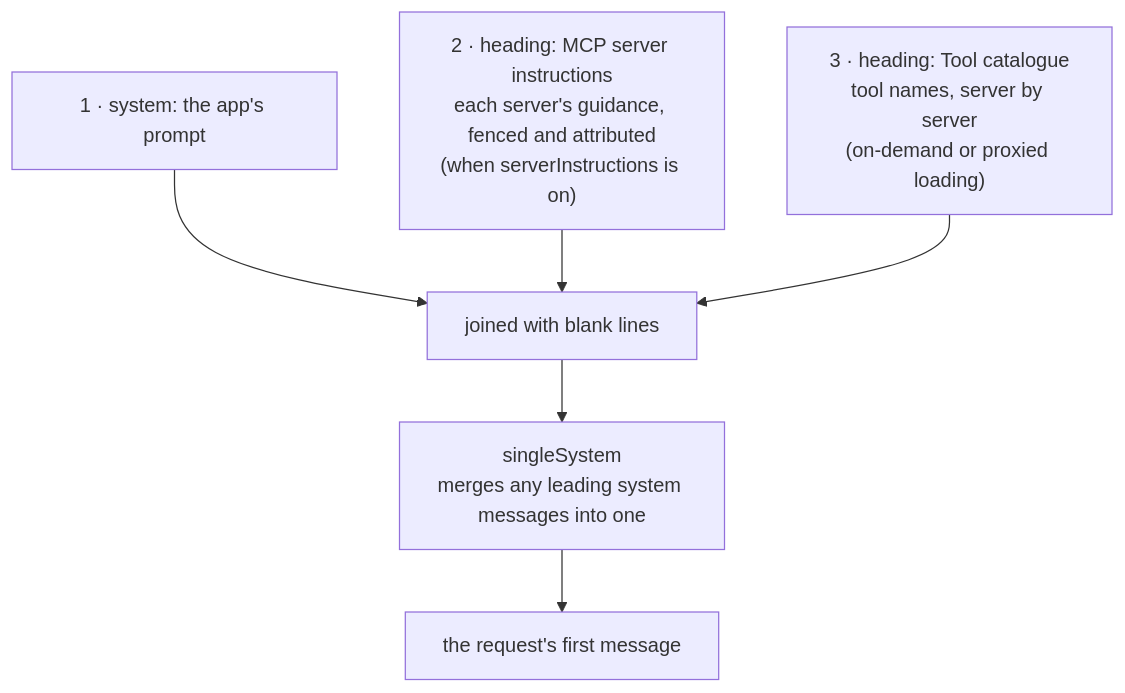
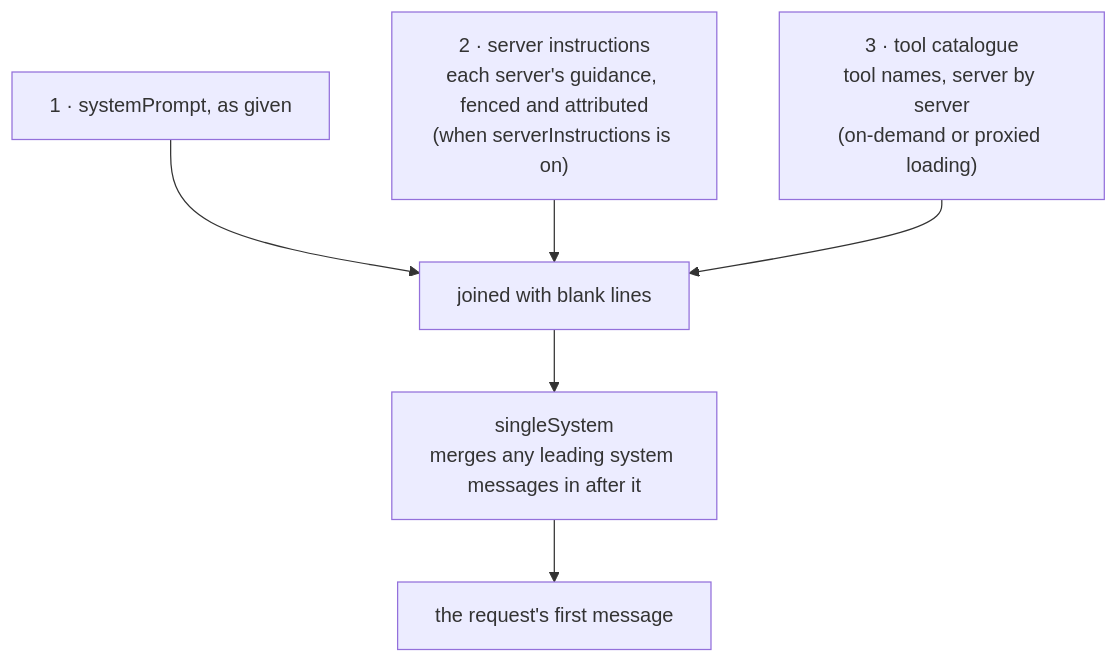
One commit to cubicecho/agent-core changed the fourth of 9 diagrams in HOW-IT-WORKS.md. Above: the diagram before and after it, drawn with Mermaid. The commit also changed other lines of this file and 7 other files, not shown here.

````diff
--- a/HOW-IT-WORKS.md
+++ b/HOW-IT-WORKS.md
@@ -118,14 +118,14 @@
 ```mermaid
 flowchart TB
-  system["1 · system: the app's prompt"]
-  instr["2 · heading: MCP server instructions<br/>each server's guidance, fenced and attributed<br/>(when serverInstructions is on)"]
-  cat["3 · heading: Tool catalogue<br/>tool names, server by server<br/>(on-demand or proxied loading)"]
+  system["1 · systemPrompt, as given"]
+  instr["2 · server instructions<br/>each server's guidance, fenced and attributed<br/>(when serverInstructions is on)"]
+  cat["3 · tool catalogue<br/>tool names, server by server<br/>(on-demand or proxied loading)"]
   join["joined with blank lines"]
-  single["singleSystem<br/>merges any leading system messages into one"]
+  single["singleSystem<br/>merges any leading system messages in after it"]
   out["the request's first message"]
 
   system --> join
   instr --> join
   cat --> join
   join --> single --> out
 ```
````
